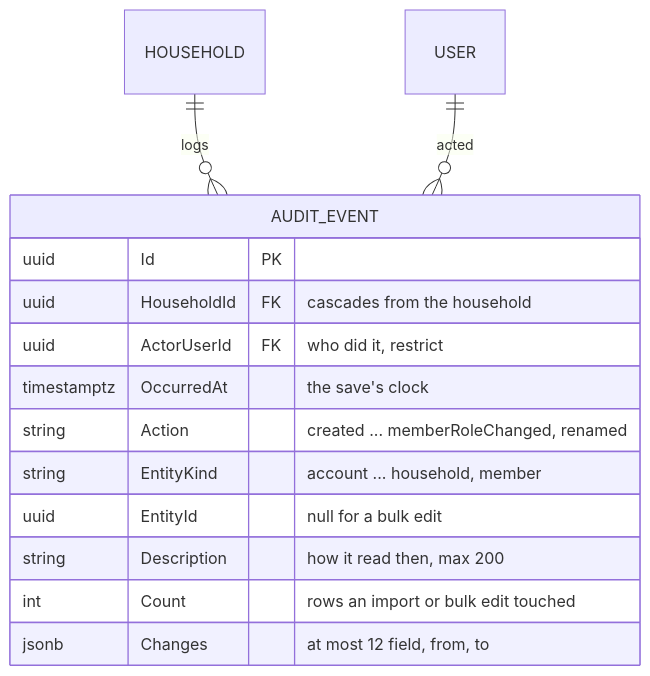
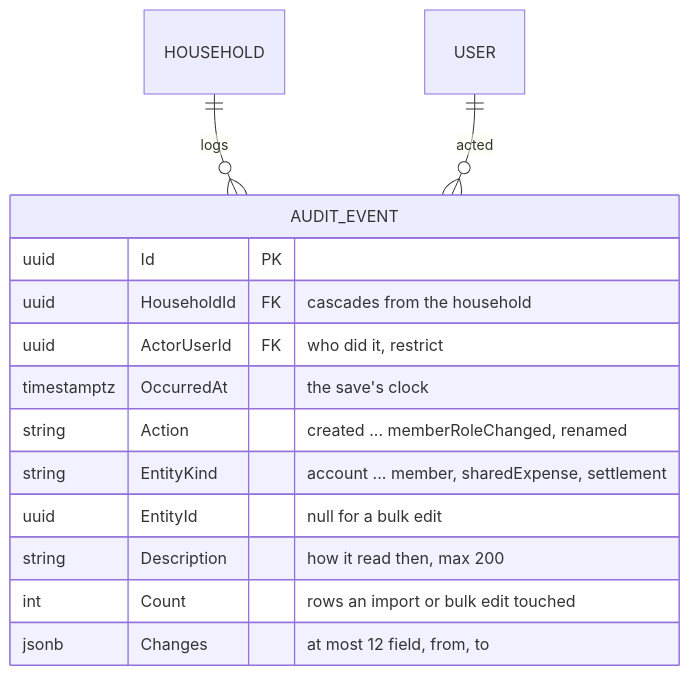
Before and after one commit to Justxs/Jx-Finance: the first of 3 diagrams in docs/features/audit-log.md, drawn with Mermaid. The commit also changed other lines of this file and 152 other files, not shown here.

````diff
--- a/docs/features/audit-log.md
+++ b/docs/features/audit-log.md
@@ -33,17 +34,17 @@
 ```mermaid
 erDiagram
     HOUSEHOLD ||--o{ AUDIT_EVENT : "logs"
     USER ||--o{ AUDIT_EVENT : "acted"
     AUDIT_EVENT {
         uuid Id PK
         uuid HouseholdId FK "cascades from the household"
         uuid ActorUserId FK "who did it, restrict"
         timestamptz OccurredAt "the save's clock"
         string Action "created ... memberRoleChanged, renamed"
-        string EntityKind "account ... household, member"
+        string EntityKind "account ... member, sharedExpense, settlement"
         uuid EntityId "null for a bulk edit"
         string Description "how it read then, max 200"
         int Count "rows an import or bulk edit touched"
         jsonb Changes "at most 12 field, from, to"
     }
 ```
````
